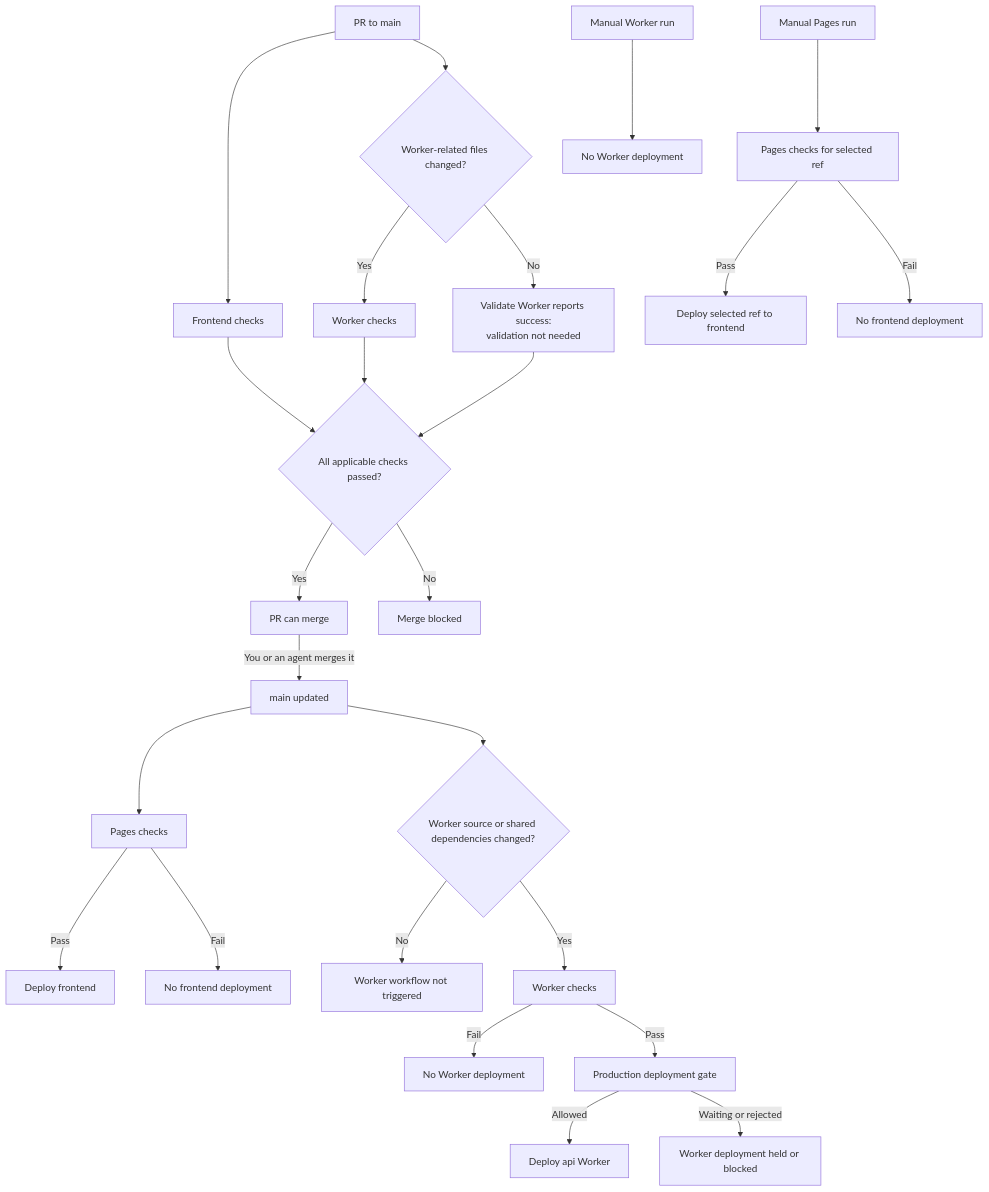
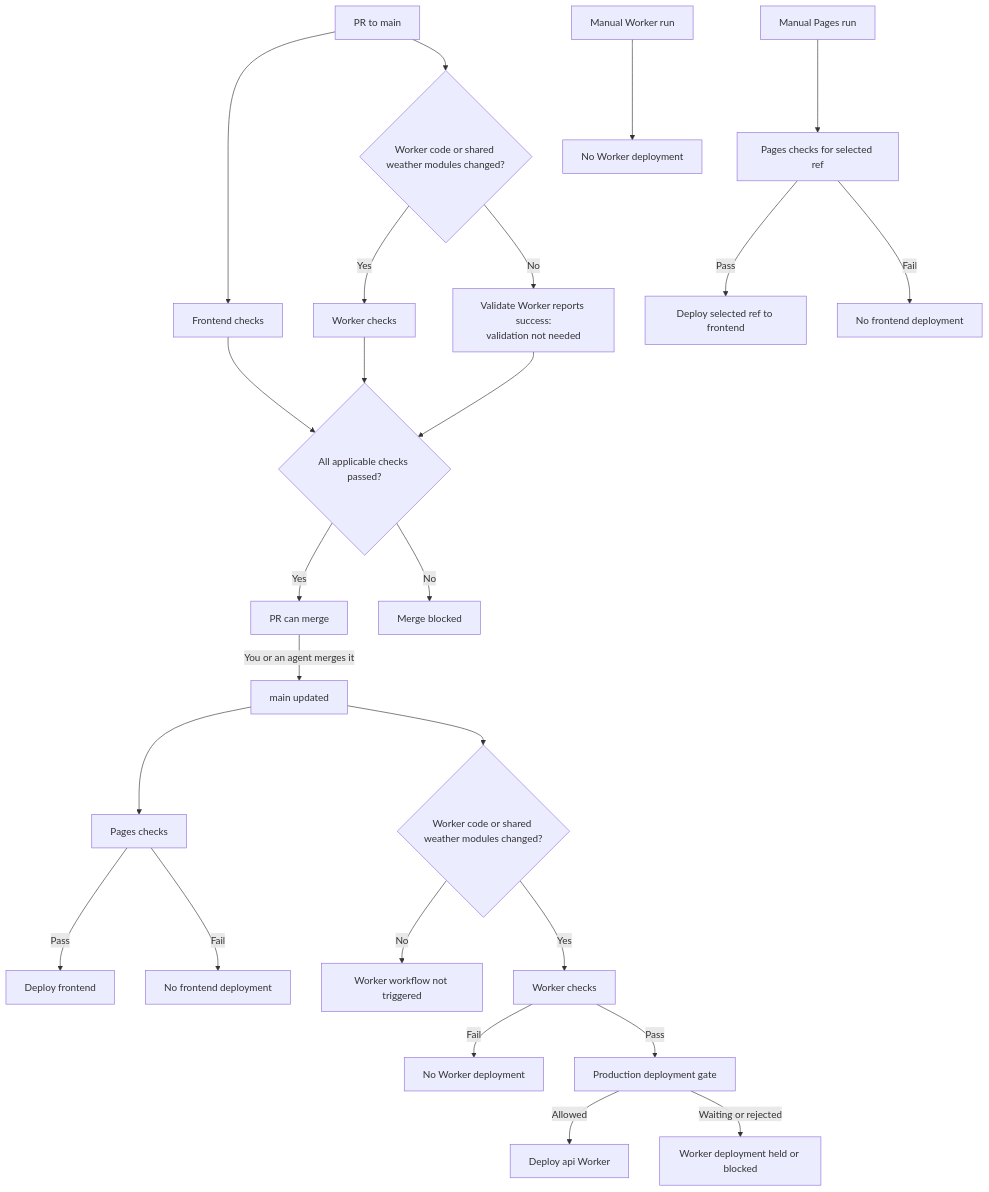
Before and after one commit to Thames1990/weather-now: the diagram in .github/workflows/README.md, drawn with Mermaid. The commit also changed other lines of this file and 30 other files, not shown here.

Commit message:
refactor(weather): separate shared API logic

````diff
--- a/.github/workflows/README.md
+++ b/.github/workflows/README.md
@@ -6,30 +6,30 @@
 ```mermaid
 flowchart TD
     PR["PR to main"] --> FRONTEND["Frontend checks"]
-    PR --> RELEVANT{"Worker-related files changed?"}
+    PR --> RELEVANT{"Worker code or shared weather modules changed?"}
     RELEVANT -->|"Yes"| PRWORKER["Worker checks"]
     RELEVANT -->|"No"| NOTNEEDED["Validate Worker reports success:<br/>validation not needed"]
     FRONTEND --> PRCHECKS{"All applicable checks passed?"}
     PRWORKER --> PRCHECKS
     NOTNEEDED --> PRCHECKS
     PRCHECKS -->|"Yes"| MERGE["PR can merge"]
     PRCHECKS -->|"No"| BLOCK["Merge blocked"]
 
     MERGE -->|"You or an agent merges it"| MAIN["main updated"]
     MAIN --> PAGES["Pages checks"]
     PAGES -->|"Pass"| SITE["Deploy frontend"]
     PAGES -->|"Fail"| SITEFAIL["No frontend deployment"]
-    MAIN --> CHANGED{"Worker source or shared dependencies changed?"}
+    MAIN --> CHANGED{"Worker code or shared weather modules changed?"}
     CHANGED -->|"No"| SKIP["Worker workflow not triggered"]
     CHANGED -->|"Yes"| WORKER["Worker checks"]
     WORKER -->|"Fail"| APIFAIL["No Worker deployment"]
     WORKER -->|"Pass"| GATE["Production deployment gate"]
     GATE -->|"Allowed"| API["Deploy api Worker"]
     GATE -->|"Waiting or rejected"| HOLD["Worker deployment held or blocked"]
 
     MP["Manual Pages run"] --> MPC["Pages checks for selected ref"]
     MPC -->|"Pass"| MPD["Deploy selected ref to frontend"]
     MPC -->|"Fail"| MPFAIL["No frontend deployment"]
 
     MW["Manual Worker run"] --> MWEND["No Worker deployment"]
 ```
````
